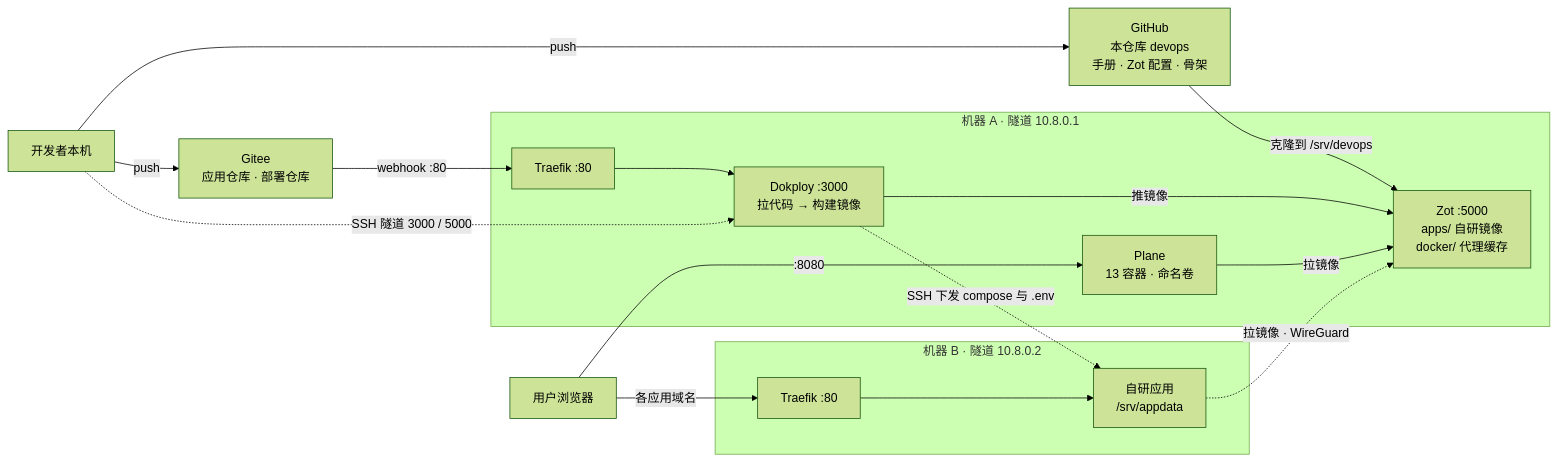
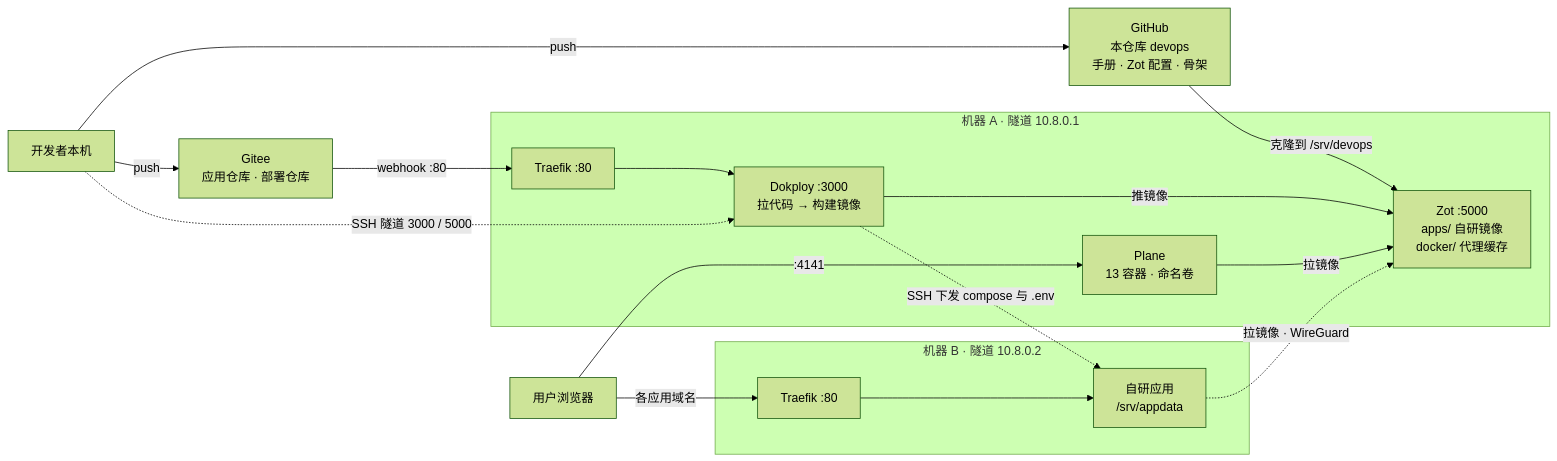
One commit to opendesign-os/devops changed the diagram in README.md. Above: the diagram before and after it, drawn with Mermaid (forest theme). The commit also changed 4 other files, not shown here.

````diff
--- a/README.md
+++ b/README.md
@@ -7,33 +7,33 @@
 ```mermaid
 flowchart LR
   dev["开发者本机"]
   github["GitHub<br/>本仓库 devops<br/>手册 · Zot 配置 · 骨架"]
   gitee["Gitee<br/>应用仓库 · 部署仓库"]
   user["用户浏览器"]
 
   subgraph A["机器 A · 隧道 10.8.0.1"]
     dokploy["Dokploy :3000<br/>拉代码 → 构建镜像"]
     zot["Zot :5000<br/>apps/ 自研镜像<br/>docker/ 代理缓存"]
     tfa["Traefik :80"]
     plane["Plane<br/>13 容器 · 命名卷"]
   end
 
   subgraph B["机器 B · 隧道 10.8.0.2"]
     tfb["Traefik :80"]
     app["自研应用<br/>/srv/appdata"]
   end
 
   dev -->|push| github
   dev -->|push| gitee
   github -->|"克隆到 /srv/devops"| zot
   gitee -->|"webhook :80"| tfa
   tfa --> dokploy
   dev -.->|"SSH 隧道 3000 / 5000"| dokploy
   dokploy -->|推镜像| zot
   dokploy -.->|"SSH 下发 compose 与 .env"| app
   plane -->|拉镜像| zot
   app -.->|"拉镜像 · WireGuard"| zot
   tfb --> app
-  user -->|":8080"| plane
+  user -->|":4141"| plane
   user -->|各应用域名| tfb
 ```
````
